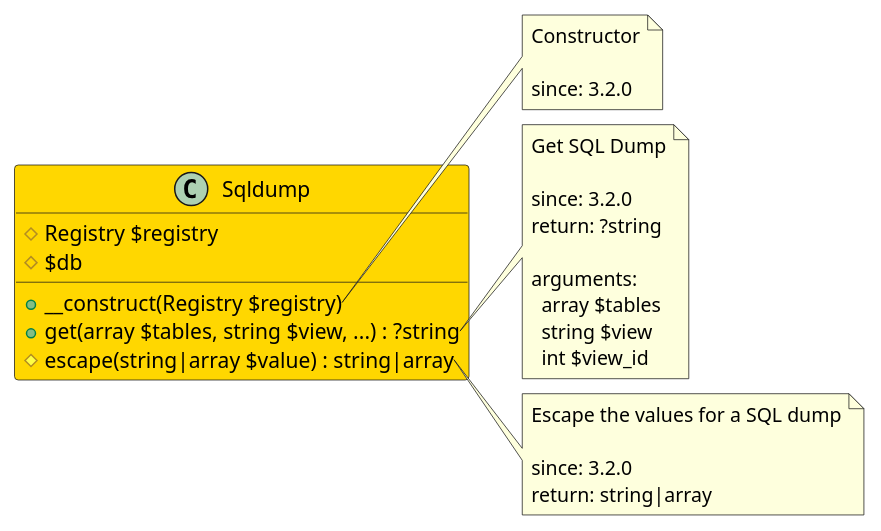
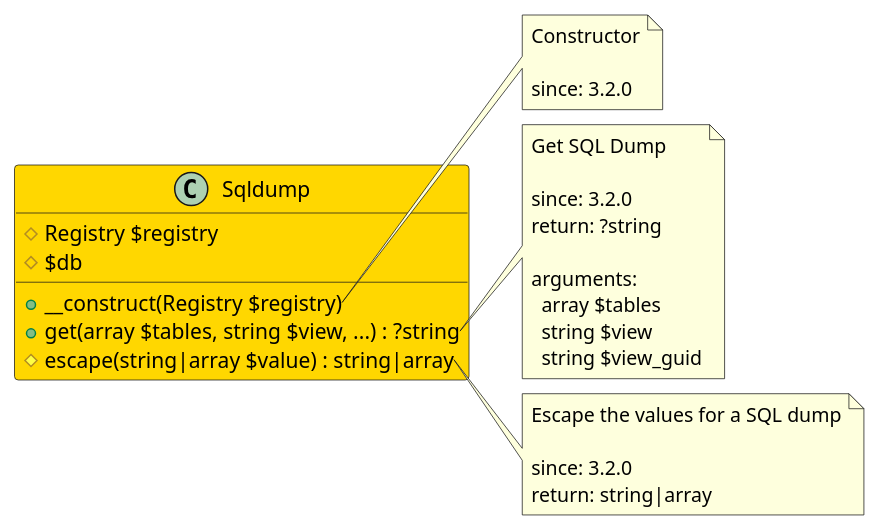
The diagram in src/a6e1227c-1efe-407d-84ef-03c6989a6a88/README.md (joomengine/jcb-compiler), drawn with PlantUML before and after one commit. The commit also changed 558 other files, not shown here.

````diff
--- a/src/a6e1227c-1efe-407d-84ef-03c6989a6a88/README.md
+++ b/src/a6e1227c-1efe-407d-84ef-03c6989a6a88/README.md
@@ -12,37 +12,37 @@
 ```uml
 @startuml
 class Sqldump  #Gold {
   # Registry $registry
   # $db
   + __construct(Registry $registry)
   + get(array $tables, string $view, ...) : ?string
   # escape(string|array $value) : string|array
 }
 
 note right of Sqldump::__construct
   Constructor
 
   since: 3.2.0
 end note
 
 note right of Sqldump::get
   Get SQL Dump
 
   since: 3.2.0
   return: ?string
   
   arguments:
     array $tables
     string $view
-    int $view_id
+    string $view_guid
 end note
 
 note right of Sqldump::escape
   Escape the values for a SQL dump
 
   since: 3.2.0
   return: string|array
 end note
  
 @enduml
 ```
````
